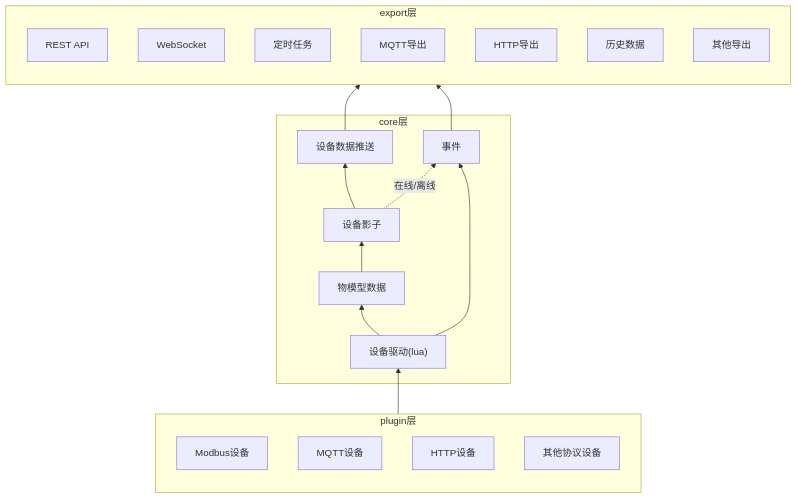
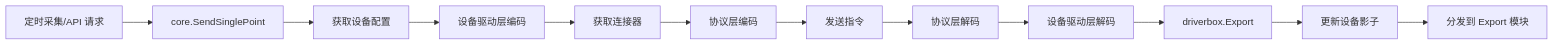
Before and after one commit to ibuilding-X/driver-box: the second of 4 diagrams in pages/src/content/docs/concepts/architecture.mdx, drawn with Mermaid. The commit also changed other lines of this file and 35 other files, not shown here.

````diff
--- a/pages/src/content/docs/concepts/architecture.mdx
+++ b/pages/src/content/docs/concepts/architecture.mdx
@@ -27,39 +264,14 @@
 ```mermaid
-graph BT
-    subgraph exportlayer["export层"]
-        REST[REST API]
-        WebSocket[WebSocket]
-        Scheduled[定时任务]
-        MQTT_Export[MQTT导出]
-        HTTP_Export[HTTP导出]
-        History[历史数据]
-        OtherExp[其他导出]
-    end
-
-    subgraph "core层"
-        PointConvert[物模型数据]
-        Shadow[设备影子]
-        ExportTo[设备数据推送]
-        OnEvent[事件]
-        DeviceDriver["设备驱动(lua)"]
-    end
-
-    subgraph plugin["plugin层"]
-
-        Modbus[Modbus设备]
-        MQTT[MQTT设备]
-        HTTP[HTTP设备]
-        OtherDev[其他协议设备]
-    end
-
-    plugin --> DeviceDriver
-
-    DeviceDriver --> PointConvert
-    PointConvert --> Shadow
-    Shadow --> ExportTo
-    Shadow -."在线/离线".-> OnEvent
-    DeviceDriver --> OnEvent
-
-    OnEvent --> exportlayer
-    ExportTo --> exportlayer
+graph LR
+    A[定时采集/API 请求] --> B[core.SendSinglePoint]
+    B --> C[获取设备配置]
+    C --> D[设备驱动层编码]
+    D --> E[获取连接器]
+    E --> F[协议层编码]
+    F --> G[发送指令]
+    G --> H[协议层解码]
+    H --> I[设备驱动层解码]
+    I --> J[driverbox.Export]
+    J --> K[更新设备影子]
+    K --> L[分发到 Export 模块]
 ```
````
